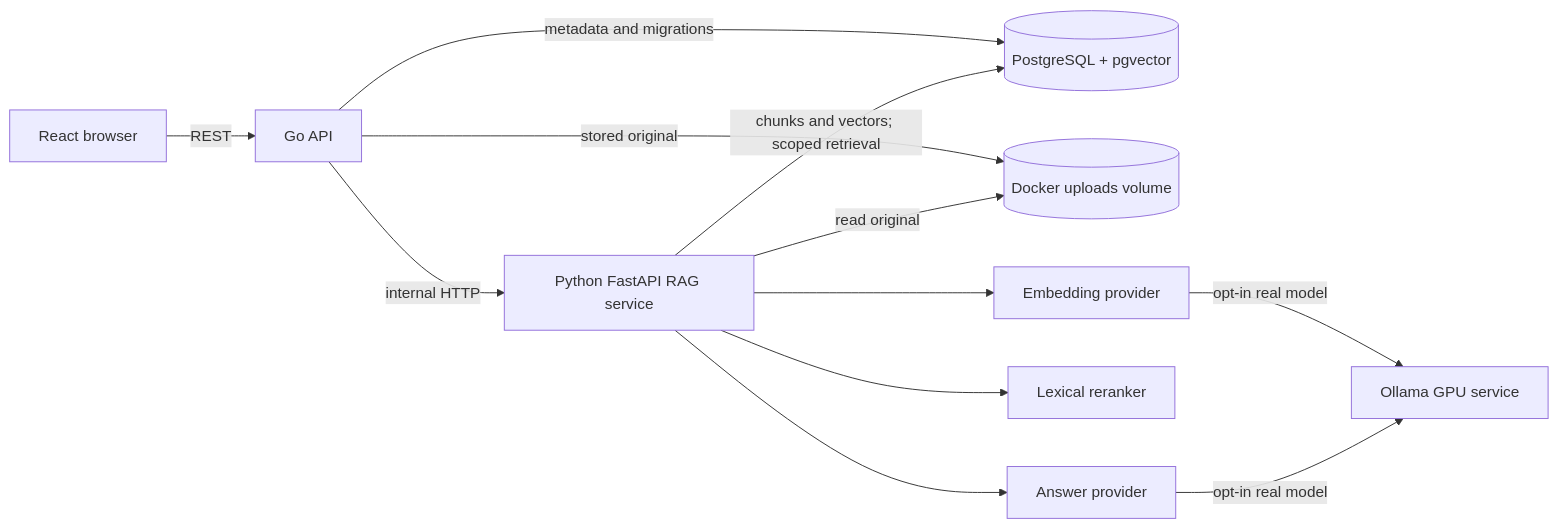
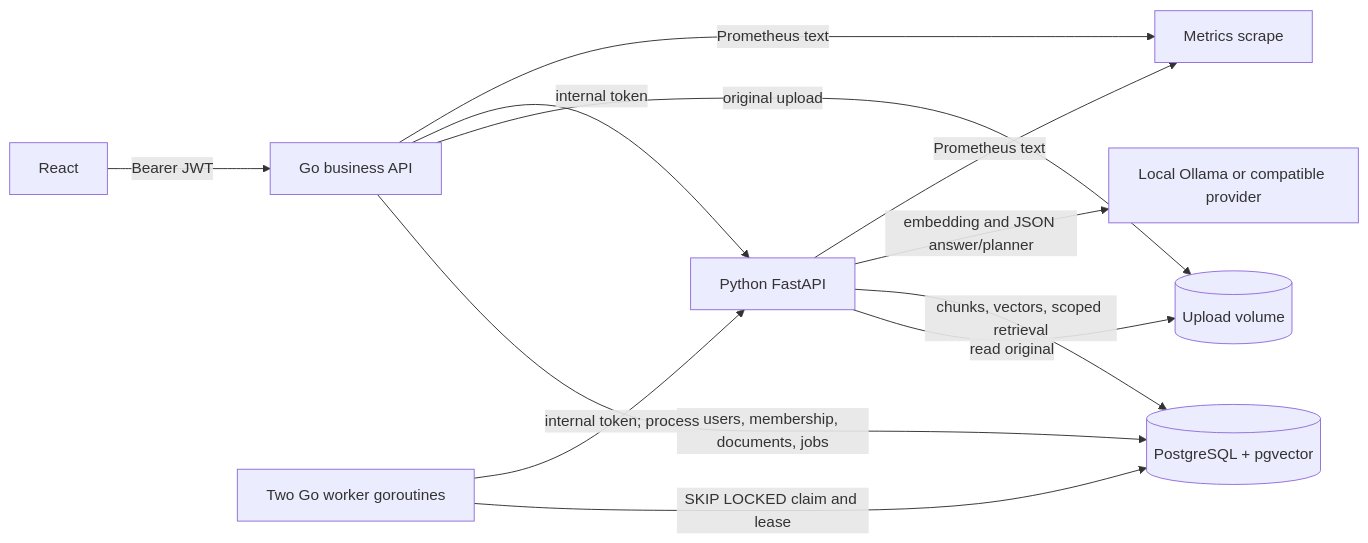
One commit to vmc6g8p2tk-lab/enterprise-ai-knowledge-platform changed the diagram in ARCHITECTURE.md. Above: the diagram before and after it, drawn with Mermaid. The commit also changed other lines of this file and 14 other files, not shown here.

Commit message:
docs: record Phase 3 architecture, security and validation

````diff
--- a/ARCHITECTURE.md
+++ b/ARCHITECTURE.md
@@ -7,14 +5,14 @@
 ```mermaid
 flowchart LR
-    Browser[React browser] -->|REST| Go[Go API]
-    Go -->|metadata and migrations| PG[(PostgreSQL + pgvector)]
-    Go -->|stored original| Files[(Docker uploads volume)]
-    Go -->|internal HTTP| AI[Python FastAPI RAG service]
-    AI -->|read original| Files
-    AI -->|chunks and vectors; scoped retrieval| PG
-    AI --> Emb[Embedding provider]
-    AI --> Rank[Lexical reranker]
-    AI --> Answer[Answer provider]
-    Emb -->|opt-in real model| Ollama[Ollama GPU service]
-    Answer -->|opt-in real model| Ollama
+    Browser[React] -->|Bearer JWT| Go[Go business API]
+    Go -->|users, membership, documents, jobs| PG[(PostgreSQL + pgvector)]
+    Go -->|original upload| Volume[(Upload volume)]
+    Go -->|internal token| AI[Python FastAPI]
+    Workers[Two Go worker goroutines] -->|SKIP LOCKED claim and lease| PG
+    Workers -->|internal token; process| AI
+    AI -->|read original| Volume
+    AI -->|chunks, vectors, scoped retrieval| PG
+    AI -->|embedding and JSON answer/planner| Ollama[Local Ollama or compatible provider]
+    Go -->|Prometheus text| Metrics[Metrics scrape]
+    AI -->|Prometheus text| Metrics
 ```
````
